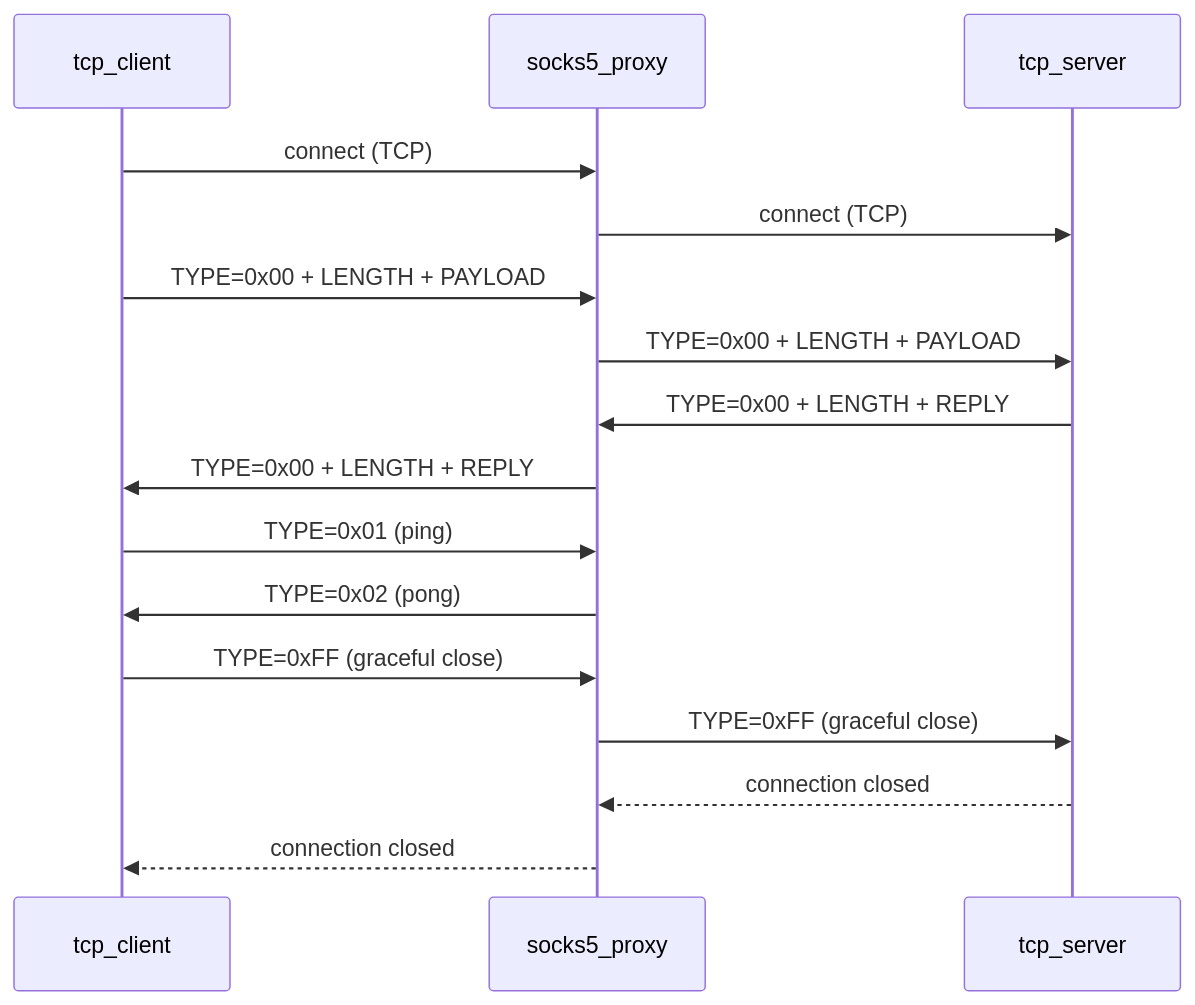
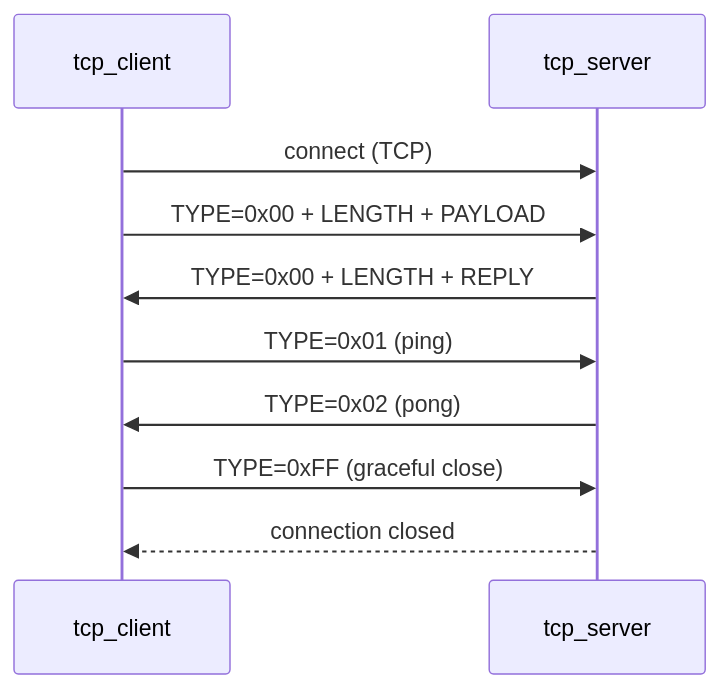
The diagram in docs/project/02-app-protocol.md (kumestra/vibe-flow), drawn with Mermaid before and after one commit. The commit also changed other lines of this file, not shown here.

````diff
--- a/docs/project/02-app-protocol.md
+++ b/docs/project/02-app-protocol.md
@@ -188,23 +114,16 @@
 ```mermaid
 sequenceDiagram
     participant C as tcp_client
-    participant P as socks5_proxy
     participant S as tcp_server
 
-    C->>P: connect (TCP)
-    P->>S: connect (TCP)
+    C->>S: connect (TCP)
 
-    C->>P: TYPE=0x00 + LENGTH + PAYLOAD
-    P->>S: TYPE=0x00 + LENGTH + PAYLOAD
+    C->>S: TYPE=0x00 + LENGTH + PAYLOAD
+    S->>C: TYPE=0x00 + LENGTH + REPLY
 
-    S->>P: TYPE=0x00 + LENGTH + REPLY
-    P->>C: TYPE=0x00 + LENGTH + REPLY
+    C->>S: TYPE=0x01 (ping)
+    S->>C: TYPE=0x02 (pong)
 
-    C->>P: TYPE=0x01 (ping)
-    P->>C: TYPE=0x02 (pong)
-
-    C->>P: TYPE=0xFF (graceful close)
-    P->>S: TYPE=0xFF (graceful close)
-    S-->>P: connection closed
-    P-->>C: connection closed
+    C->>S: TYPE=0xFF (graceful close)
+    S-->>C: connection closed
 ```
````
